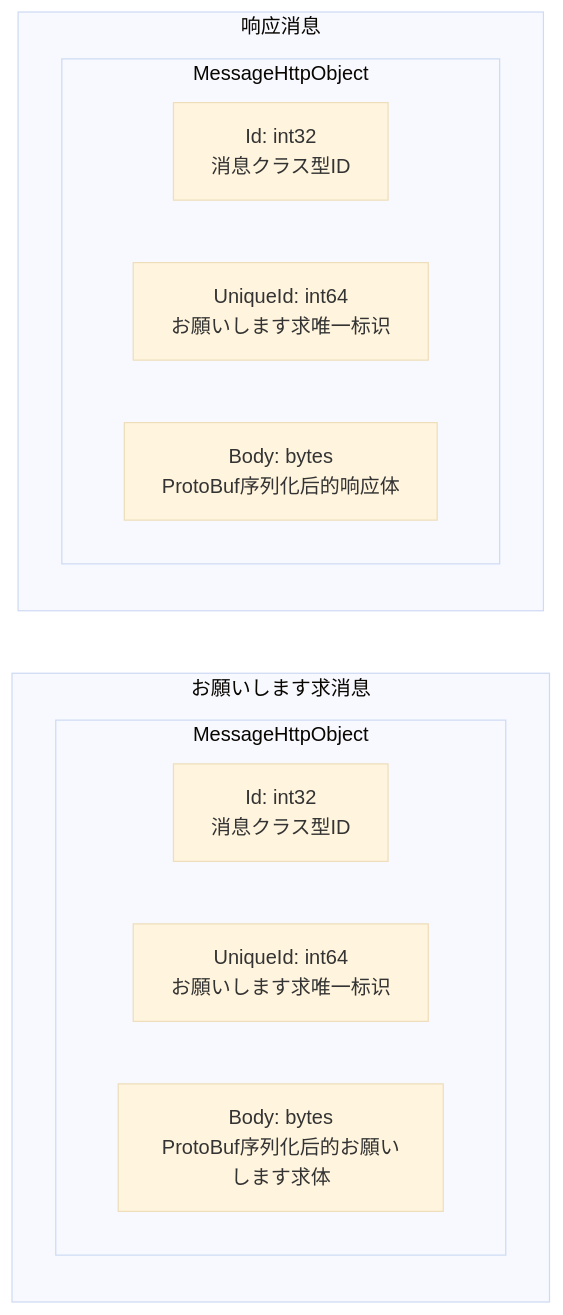
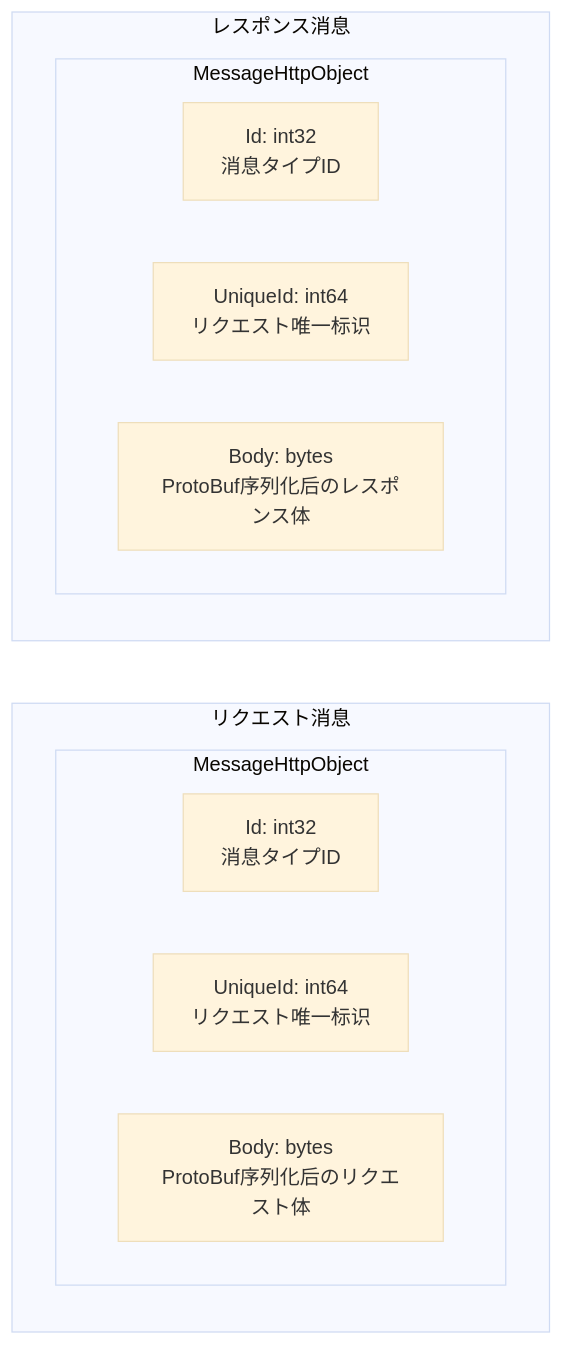
One commit to AlianBlank/GameFrameX.Docs changed the fourth of 4 diagrams in docs/ja/client/unity/component/web-protobuff/01.overview.md. Above: the diagram before and after it, drawn with Mermaid (base theme). The commit also changed other lines of this file and 320 other files, not shown here.

````diff
--- a/docs/ja/client/unity/component/web-protobuff/01.overview.md
+++ b/docs/ja/client/unity/component/web-protobuff/01.overview.md
@@ -168,18 +168,18 @@
 ```mermaid
 flowchart LR
-    subgraph Request["お願いします求消息"]
+    subgraph Request["リクエスト消息"]
         subgraph MH["MessageHttpObject"]
-            Id["Id: int32<br/>消息クラス型ID"]
-            UniqueId["UniqueId: int64<br/>お願いします求唯一标识"]
-            Body["Body: bytes<br/>ProtoBuf序列化后的お願いします求体"]
+            Id["Id: int32<br/>消息タイプID"]
+            UniqueId["UniqueId: int64<br/>リクエスト唯一标识"]
+            Body["Body: bytes<br/>ProtoBuf序列化后のリクエスト体"]
         end
     end
 
-    subgraph Response["响应消息"]
+    subgraph Response["レスポンス消息"]
         subgraph MHR["MessageHttpObject"]
-            IdR["Id: int32<br/>消息クラス型ID"]
-            UniqueIdR["UniqueId: int64<br/>お願いします求唯一标识"]
-            BodyR["Body: bytes<br/>ProtoBuf序列化后的响应体"]
+            IdR["Id: int32<br/>消息タイプID"]
+            UniqueIdR["UniqueId: int64<br/>リクエスト唯一标识"]
+            BodyR["Body: bytes<br/>ProtoBuf序列化后のレスポンス体"]
         end
     end
 ```
````
